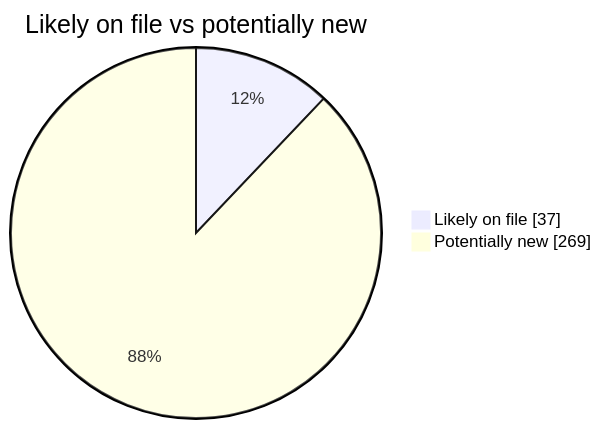
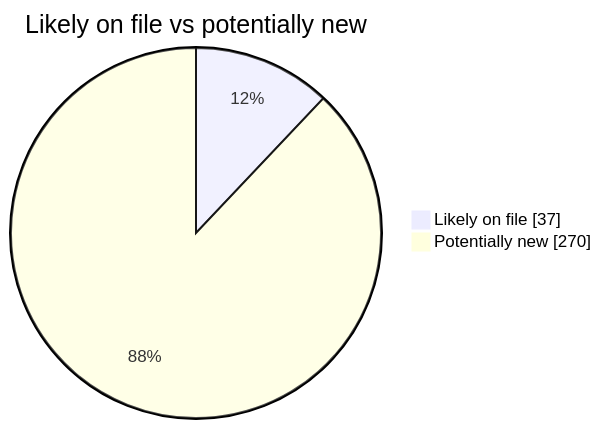
Before and after one commit to martinbalfanz/social-scanner-reports: the second of 4 diagrams in README.md, drawn with Mermaid. The commit also changed other lines of this file and 2 other files, not shown here.

````diff
--- a/README.md
+++ b/README.md
@@ -40,5 +40,5 @@
 ```mermaid
 pie showData title Likely on file vs potentially new
     "Likely on file" : 37
-    "Potentially new" : 269
+    "Potentially new" : 270
 ```
````
